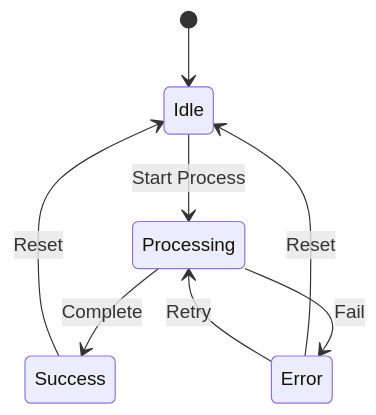
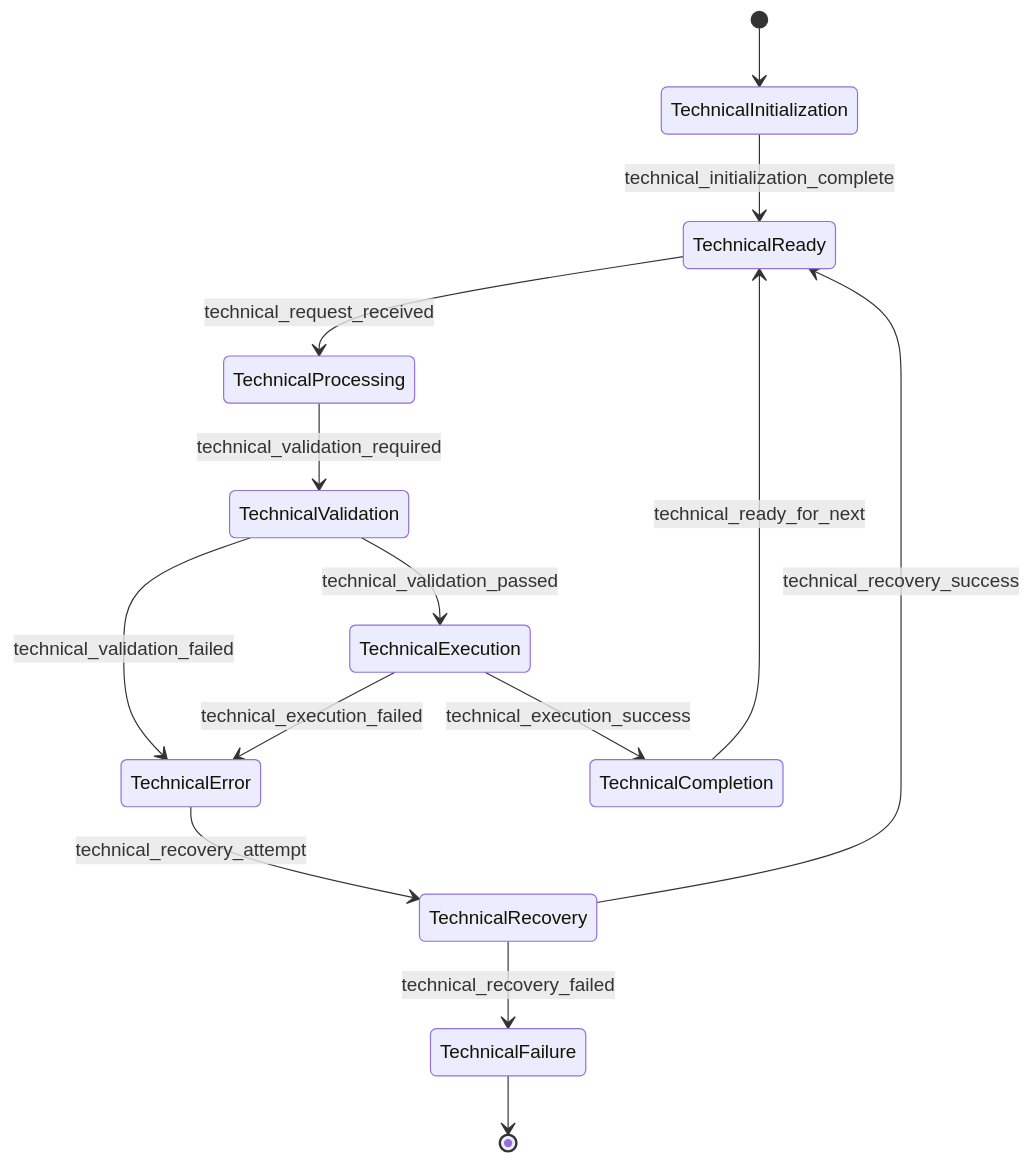
Before and after one commit to xincheng213618/OpenDeepWiki: the fifth of 8 diagrams in src/KoalaWiki/Prompts/Warehouse/GenerateDocs.md, drawn with Mermaid. The commit also changed other lines of this file and 4 other files, not shown here.

````diff
--- a/src/KoalaWiki/Prompts/Warehouse/GenerateDocs.md
+++ b/src/KoalaWiki/Prompts/Warehouse/GenerateDocs.md
@@ -253,10 +347,16 @@
 ```mermaid
 stateDiagram-v2
-    [*] --> Idle
-    Idle --> Processing : Start Process
-    Processing --> Success : Complete
-    Processing --> Error : Fail
-    Success --> Idle : Reset
-    Error --> Idle : Reset
-    Error --> Processing : Retry
+    [*] --> TechnicalInitialization
+    TechnicalInitialization --> TechnicalReady : technical_initialization_complete
+    TechnicalReady --> TechnicalProcessing : technical_request_received
+    TechnicalProcessing --> TechnicalValidation : technical_validation_required
+    TechnicalValidation --> TechnicalExecution : technical_validation_passed
+    TechnicalValidation --> TechnicalError : technical_validation_failed
+    TechnicalExecution --> TechnicalCompletion : technical_execution_success
+    TechnicalExecution --> TechnicalError : technical_execution_failed
+    TechnicalCompletion --> TechnicalReady : technical_ready_for_next
+    TechnicalError --> TechnicalRecovery : technical_recovery_attempt
+    TechnicalRecovery --> TechnicalReady : technical_recovery_success
+    TechnicalRecovery --> TechnicalFailure : technical_recovery_failed
+    TechnicalFailure --> [*]
 ```
````
